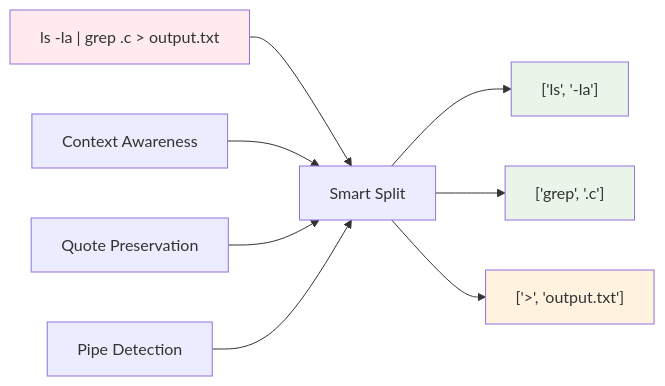
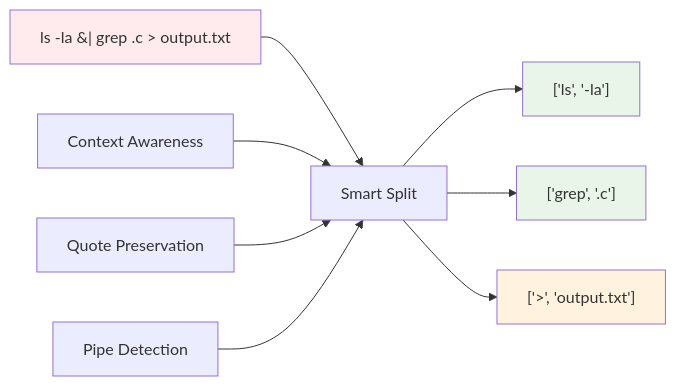
The third of 9 diagrams in README.md (liyassin/final_minishell), drawn with Mermaid before and after one commit. The commit also changed other lines of this file, not shown here.

Commit message:
Readme Mermaid update

````diff
--- a/README.md
+++ b/README.md
@@ -275,16 +275,16 @@
 ```mermaid
 graph LR
-    A["ls -la | grep .c > output.txt"] --> B[Smart Split]
+    A["ls -la &#124; grep .c > output.txt"] --> B[Smart Split]
     B --> C["['ls', '-la']"]
     B --> D["['grep', '.c']"]  
     B --> E["['>', 'output.txt']"]
     
     F[Context Awareness] --> B
     G[Quote Preservation] --> B
     H[Pipe Detection] --> B
     
     style A fill:#ffebee
     style C fill:#e8f5e8
     style D fill:#e8f5e8
     style E fill:#fff3e0
 ```
````
